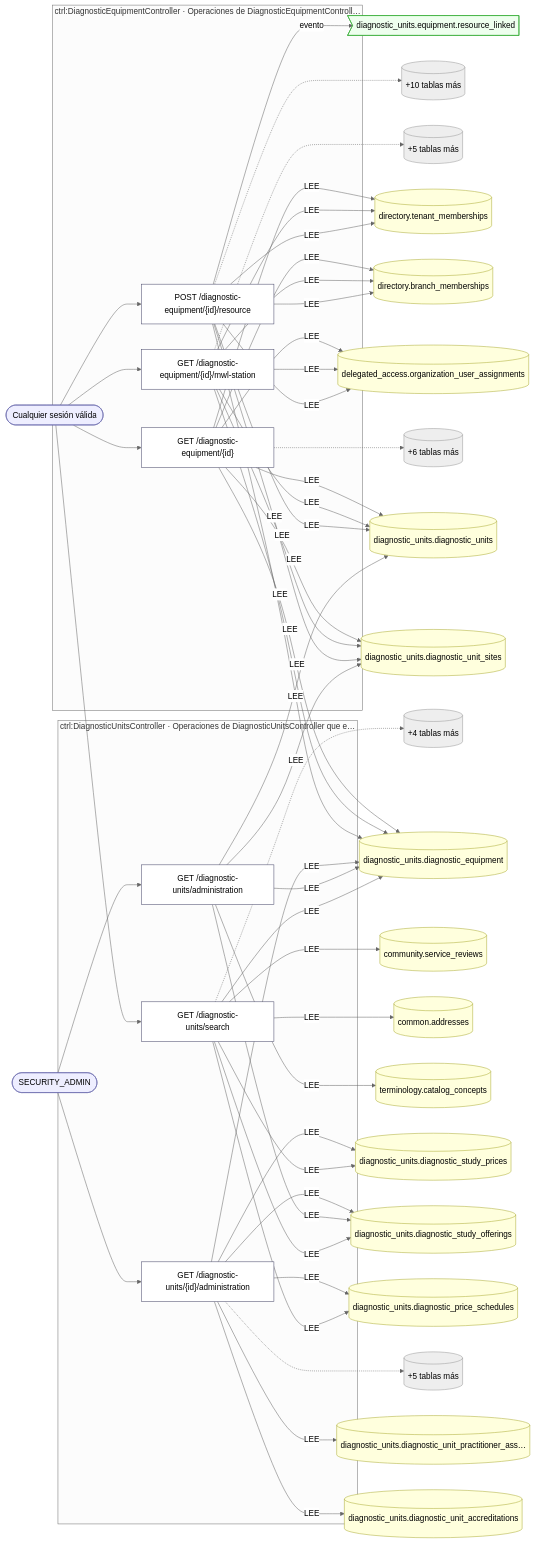
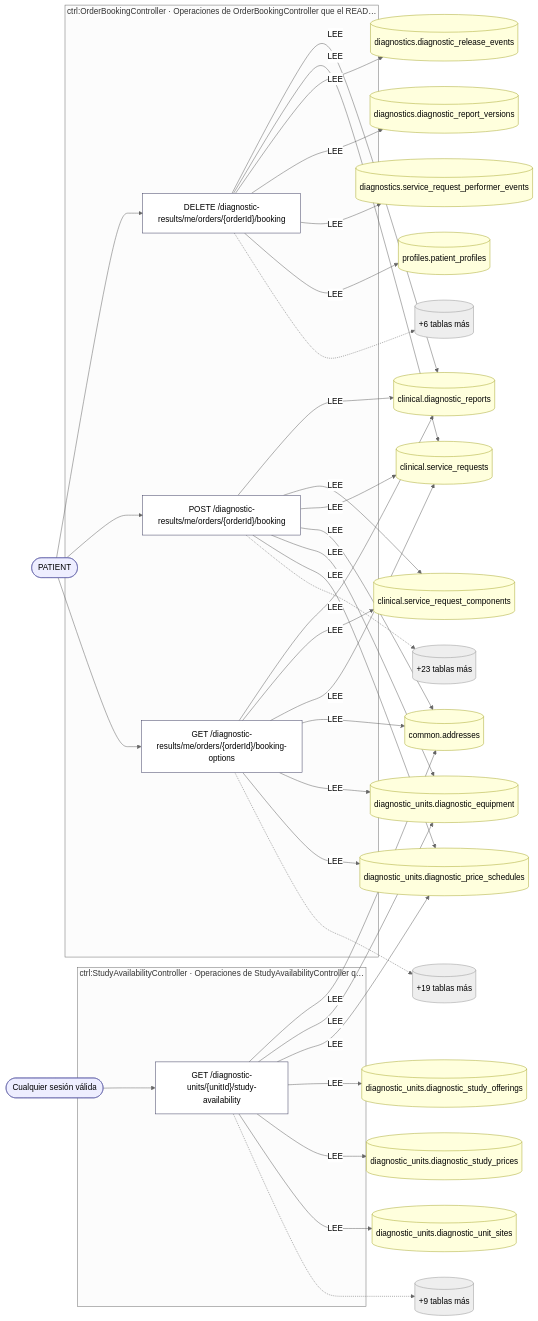
One commit to mdavila-2001/mantra-core-health-api changed the third of 46 diagrams in docs/inventario/flujos/diagnostic_units.md. Above: the diagram before and after it, drawn with Mermaid (neutral theme). The commit also changed other lines of this file and 376 other files, not shown here.

````diff
--- a/docs/inventario/flujos/diagnostic_units.md
+++ b/docs/inventario/flujos/diagnostic_units.md
@@ -230,36 +542,31 @@
 ```mermaid
 flowchart LR
-  a2(["Cualquier sesión válida"]):::actor
-  a16(["SECURITY_ADMIN"]):::actor
-  t3[("delegated_access.organization_user_assignments")]:::tabla
-  t4[("diagnostic_units.diagnostic_equipment")]:::tabla
-  t5[("diagnostic_units.diagnostic_unit_sites")]:::tabla
-  t6[("diagnostic_units.diagnostic_units")]:::tabla
-  t7[("directory.branch_memberships")]:::tabla
-  t8[("directory.tenant_memberships")]:::tabla
-  e14>"diagnostic_units.equipment.resource_linked"]:::evento
-  t17[("diagnostic_units.diagnostic_price_schedules")]:::tabla
-  t18[("diagnostic_units.diagnostic_study_offerings")]:::tabla
-  t19[("diagnostic_units.diagnostic_study_prices")]:::tabla
-  t20[("diagnostic_units.diagnostic_unit_accreditations")]:::tabla
-  t21[("diagnostic_units.diagnostic_unit_practitioner_ass…")]:::tabla
-  t24[("terminology.catalog_concepts")]:::tabla
-  t26[("common.addresses")]:::tabla
-  t27[("community.service_reviews")]:::tabla
+  a2(["PATIENT"]):::actor
+  a19(["Cualquier sesión válida"]):::actor
+  t3[("clinical.diagnostic_reports")]:::tabla
+  t4[("clinical.service_requests")]:::tabla
+  t5[("diagnostics.diagnostic_release_events")]:::tabla
+  t6[("diagnostics.diagnostic_report_versions")]:::tabla
+  t7[("diagnostics.service_request_performer_events")]:::tabla
+  t8[("profiles.patient_profiles")]:::tabla
+  t11[("clinical.service_request_components")]:::tabla
+  t12[("common.addresses")]:::tabla
+  t13[("diagnostic_units.diagnostic_equipment")]:::tabla
+  t14[("diagnostic_units.diagnostic_price_schedules")]:::tabla
+  t20[("diagnostic_units.diagnostic_study_offerings")]:::tabla
+  t21[("diagnostic_units.diagnostic_study_prices")]:::tabla
+  t22[("diagnostic_units.diagnostic_unit_sites")]:::tabla
   t9[("+6 tablas más")]
-  t11[("+5 tablas más")]
-  t13[("+10 tablas más")]
-  subgraph s0["ctrl:DiagnosticEquipmentController · Operaciones de DiagnosticEquipmentControll…"]
-    o1["GET /diagnostic-equipment/{id}"]:::op
-    o10["GET /diagnostic-equipment/{id}/mwl-station"]:::op
-    o12["POST /diagnostic-equipment/{id}/resource"]:::op
+  t15[("+23 tablas más")]
+  t17[("+19 tablas más")]
+  subgraph s0["ctrl:OrderBookingController · Operaciones de OrderBookingController que el READ…"]
+    o1["DELETE /diagnostic-results/me/orders/{orderId}/booking"]:::op
+    o10["POST /diagnostic-results/me/orders/{orderId}/booking"]:::op
+    o16["GET /diagnostic-results/me/orders/{orderId}/booking-options"]:::op
   end
-  t22[("+5 tablas más")]
-  t28[("+4 tablas más")]
-  subgraph s1["ctrl:DiagnosticUnitsController · Operaciones de DiagnosticUnitsController que e…"]
-    o15["GET /diagnostic-units/{id}/administration"]:::op
-    o23["GET /diagnostic-units/administration"]:::op
-    o25["GET /diagnostic-units/search"]:::op
+  t23[("+9 tablas más")]
+  subgraph s1["ctrl:StudyAvailabilityController · Operaciones de StudyAvailabilityController q…"]
+    o18["GET /diagnostic-units/{unitId}/study-availability"]:::op
   end
   a2 --> o1
   o1 -->|"LEE"| t3
@@ -271,43 +578,28 @@
   o1 -.-> t9
   a2 --> o10
   o10 -->|"LEE"| t3
+  o10 -->|"LEE"| t11
   o10 -->|"LEE"| t4
-  o10 -->|"LEE"| t5
-  o10 -->|"LEE"| t6
-  o10 -->|"LEE"| t7
-  o10 -->|"LEE"| t8
-  o10 -.-> t11
-  a2 --> o12
-  o12 -->|"LEE"| t3
-  o12 -->|"LEE"| t4
-  o12 -->|"LEE"| t5
-  o12 -->|"LEE"| t6
-  o12 -->|"LEE"| t7
-  o12 -->|"LEE"| t8
-  o12 -.-> t13
-  o12 -->|"evento"| e14
-  a16 --> o15
-  o15 -->|"LEE"| t4
-  o15 -->|"LEE"| t17
-  o15 -->|"LEE"| t18
-  o15 -->|"LEE"| t19
-  o15 -->|"LEE"| t20
-  o15 -->|"LEE"| t21
-  o15 -.-> t22
-  a16 --> o23
-  o23 -->|"LEE"| t4
-  o23 -->|"LEE"| t18
-  o23 -->|"LEE"| t5
-  o23 -->|"LEE"| t6
-  o23 -->|"LEE"| t24
-  a2 --> o25
-  o25 -->|"LEE"| t26
-  o25 -->|"LEE"| t27
-  o25 -->|"LEE"| t4
-  o25 -->|"LEE"| t17
-  o25 -->|"LEE"| t18
-  o25 -->|"LEE"| t19
-  o25 -.-> t28
+  o10 -->|"LEE"| t12
+  o10 -->|"LEE"| t13
+  o10 -->|"LEE"| t14
+  o10 -.-> t15
+  a2 --> o16
+  o16 -->|"LEE"| t3
+  o16 -->|"LEE"| t11
+  o16 -->|"LEE"| t4
+  o16 -->|"LEE"| t12
+  o16 -->|"LEE"| t13
+  o16 -->|"LEE"| t14
+  o16 -.-> t17
+  a19 --> o18
+  o18 -->|"LEE"| t12
+  o18 -->|"LEE"| t13
+  o18 -->|"LEE"| t14
+  o18 -->|"LEE"| t20
+  o18 -->|"LEE"| t21
+  o18 -->|"LEE"| t22
+  o18 -.-> t23
   classDef op fill:#fff,stroke:#446
   classDef actor fill:#eef,stroke:#66a
   classDef tabla fill:#ffd,stroke:#aa3
````
